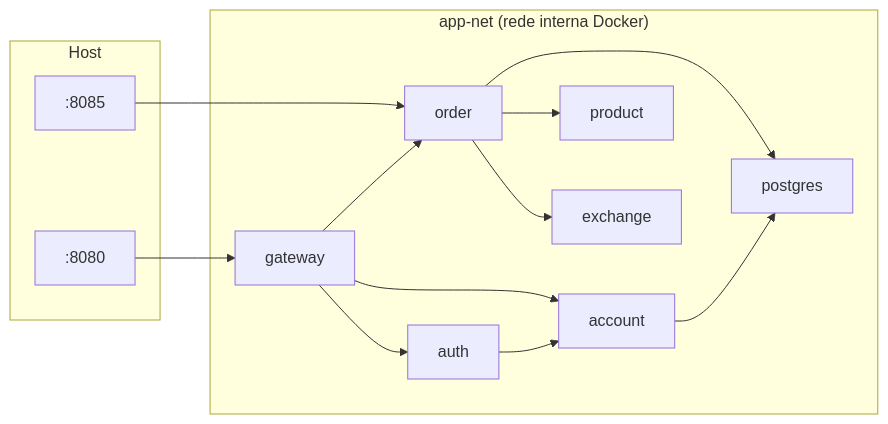
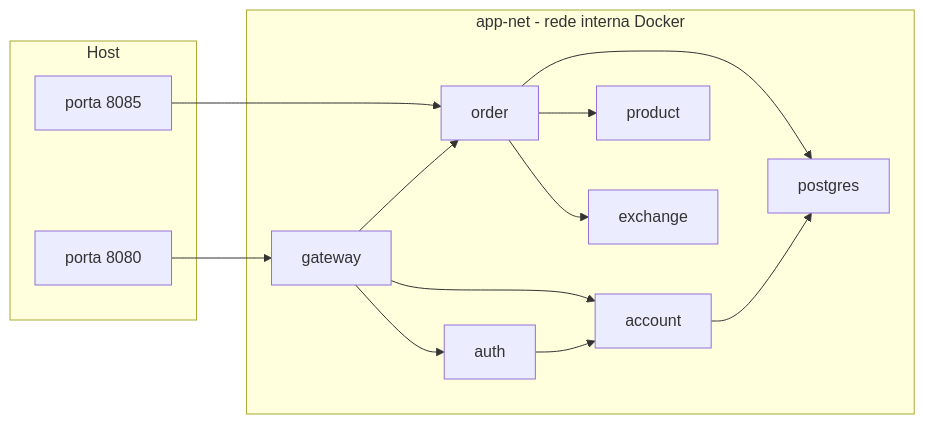
Before and after one commit to microservice-henry/pma.26.1: the fifth of 5 diagrams in docs/architecture.md, drawn with Mermaid. The commit also changed other lines of this file and 3 other files, not shown here.

Commit message:
fix: mermaid syntax errors and grey theme

````diff
--- a/docs/architecture.md
+++ b/docs/architecture.md
@@ -126,24 +126,28 @@
 ```mermaid
 graph LR
-    subgraph "Host"
-        P8080[":8080"]
-        P8085[":8085"]
+    subgraph host["Host"]
+        P8080[porta 8080]
+        P8085[porta 8085]
     end
 
-    subgraph "app-net (rede interna Docker)"
+    subgraph appnet["app-net - rede interna Docker"]
         GW[gateway]
         Auth[auth]
         Account[account]
         Order[order]
         Product[product]
         Exchange[exchange]
         DB[postgres]
     end
 
     P8080 --> GW
     P8085 --> Order
-    GW --> Auth & Account & Order
-    Order --> Product & Exchange & DB
+    GW --> Auth
+    GW --> Account
+    GW --> Order
+    Order --> Product
+    Order --> Exchange
+    Order --> DB
     Auth --> Account
     Account --> DB
 ```
````
